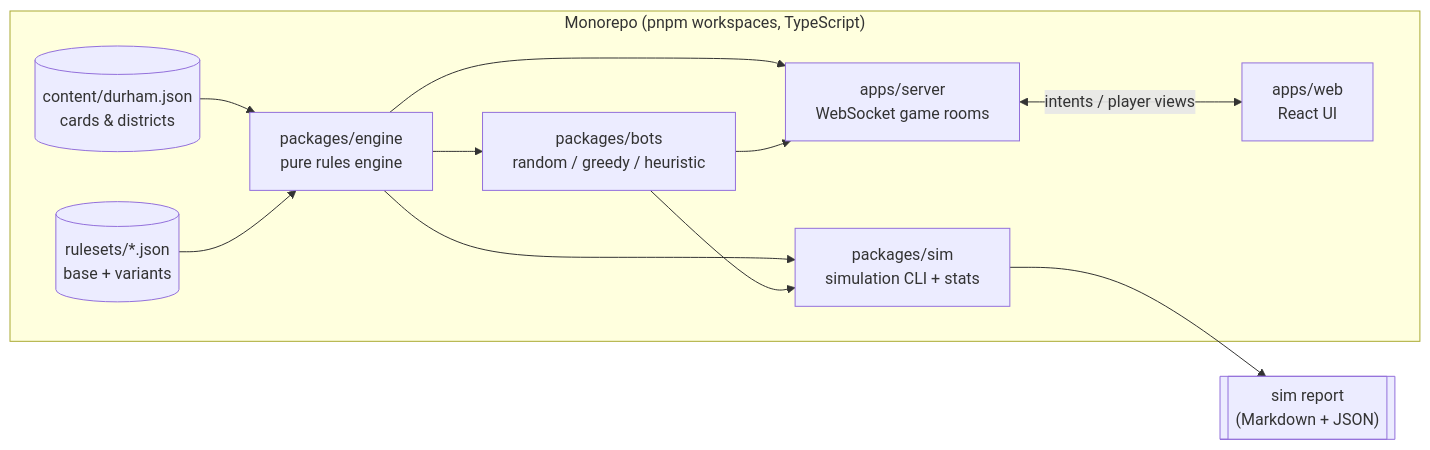
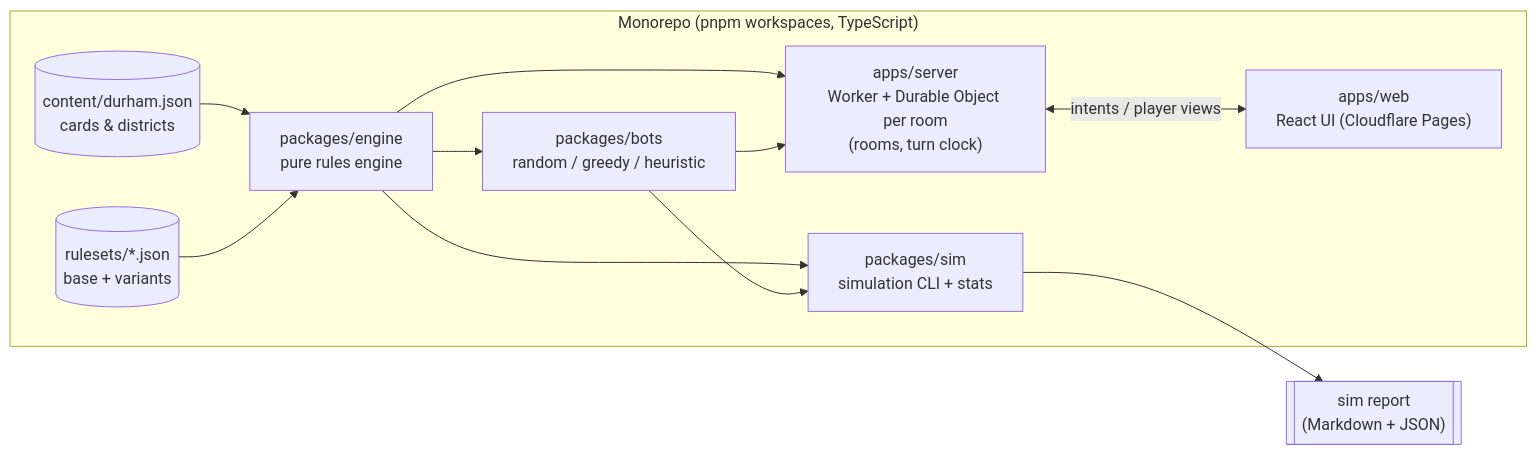
The first of 5 diagrams in docs/ARCHITECTURE.md (ddblz/bull-city-blocks), drawn with Mermaid before and after one commit. The commit also changed other lines of this file and 2 other files, not shown here.

First line of the commit message:
docs: v0.2 spec — 14 districts, 2–10 players, landmark/icon upgrades, auto-pass, turn clock, free-tier hosting

````diff
--- a/docs/ARCHITECTURE.md
+++ b/docs/ARCHITECTURE.md
@@ -14,21 +14,21 @@
 ```mermaid
 flowchart LR
   subgraph Repo["Monorepo (pnpm workspaces, TypeScript)"]
     content[("content/durham.json<br/>cards & districts")]
     rulesets[("rulesets/*.json<br/>base + variants")]
     engine["packages/engine<br/>pure rules engine"]
     bots["packages/bots<br/>random / greedy / heuristic"]
     sim["packages/sim<br/>simulation CLI + stats"]
-    server["apps/server<br/>WebSocket game rooms"]
-    web["apps/web<br/>React UI"]
+    server["apps/server<br/>Worker + Durable Object per room<br/>(rooms, turn clock)"]
+    web["apps/web<br/>React UI (Cloudflare Pages)"]
   end
   content --> engine
   rulesets --> engine
   engine --> bots
   engine --> sim
   bots --> sim
   engine --> server
   bots --> server
   server <-->|"intents / player views"| web
   sim --> report[["sim report<br/>(Markdown + JSON)"]]
 ```
````
